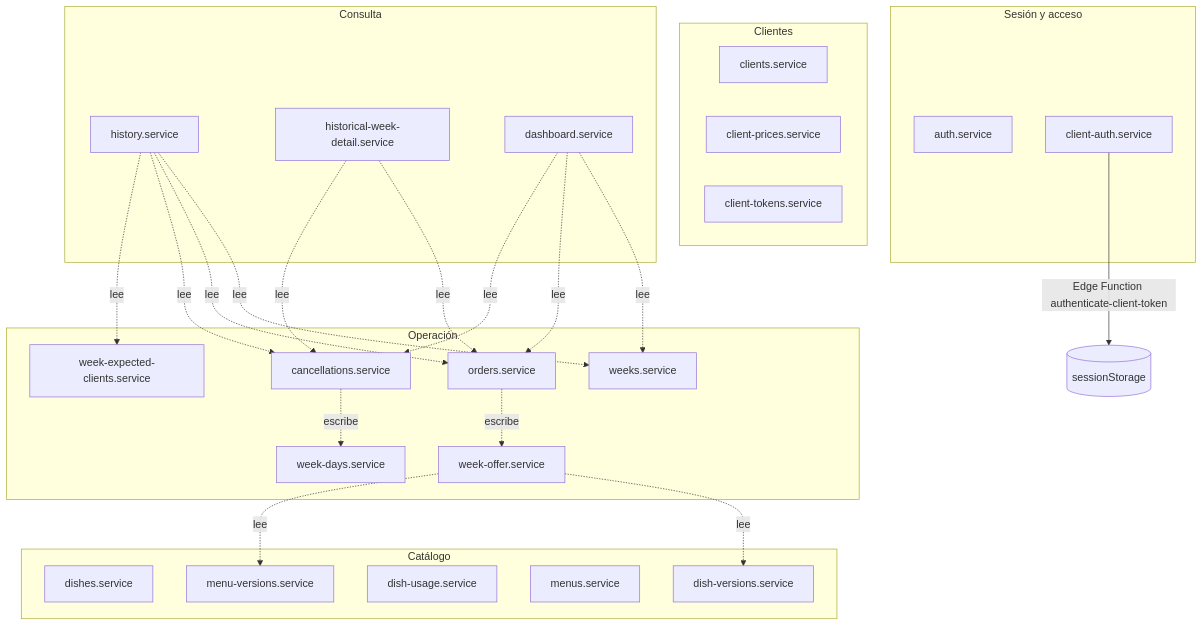
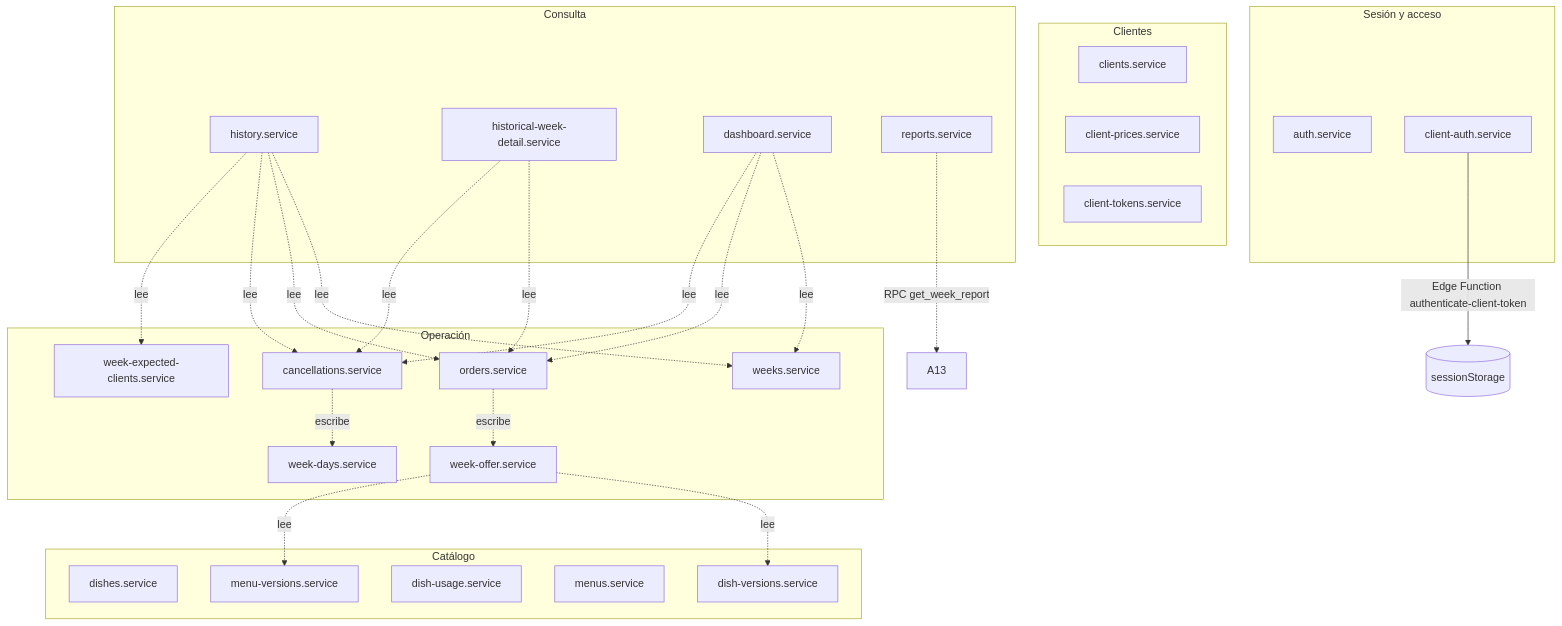
Before and after one commit to Franc0-L/Todo-Artesanal: the eighth of 8 diagrams in docs/arquitectura.md, drawn with Mermaid. The commit also changed other lines of this file and 5 other files, not shown here.

````diff
--- a/docs/arquitectura.md
+++ b/docs/arquitectura.md
@@ -260,51 +262,53 @@
 ```mermaid
 flowchart TB
     subgraph Clientes
         C1[clients.service]
         C2[client-prices.service]
         C3[client-tokens.service]
     end
 
     subgraph Catálogo
         P1[dishes.service]
         P2[dish-versions.service]
         P3[dish-usage.service]
         M1[menus.service]
         M2[menu-versions.service]
     end
 
     subgraph Operación
         S1[weeks.service]
         S2[week-days.service]
         S3[week-offer.service]
         S4[week-expected-clients.service]
         O1[orders.service]
         X1[cancellations.service]
     end
 
     subgraph Consulta
         H1[history.service]
         H2[historical-week-detail.service]
         D1[dashboard.service]
+        R1[reports.service]
     end
 
     subgraph "Sesión y acceso"
         AU[auth.service]
         CA[client-auth.service]
     end
 
     H1 -.->|lee| S1
     H1 -.->|lee| O1
     H1 -.->|lee| X1
     H1 -.->|lee| S4
     H2 -.->|lee| O1
     H2 -.->|lee| X1
     D1 -.->|lee| S1
     D1 -.->|lee| O1
     D1 -.->|lee| X1
     CA -->|Edge Function authenticate-client-token| CA1[(sessionStorage)]
     S3 -.->|lee| P2
     S3 -.->|lee| M2
     O1 -.->|escribe| S3
     X1 -.->|escribe| S2
+    R1 -.->|RPC get_week_report| A13
 ```
````
